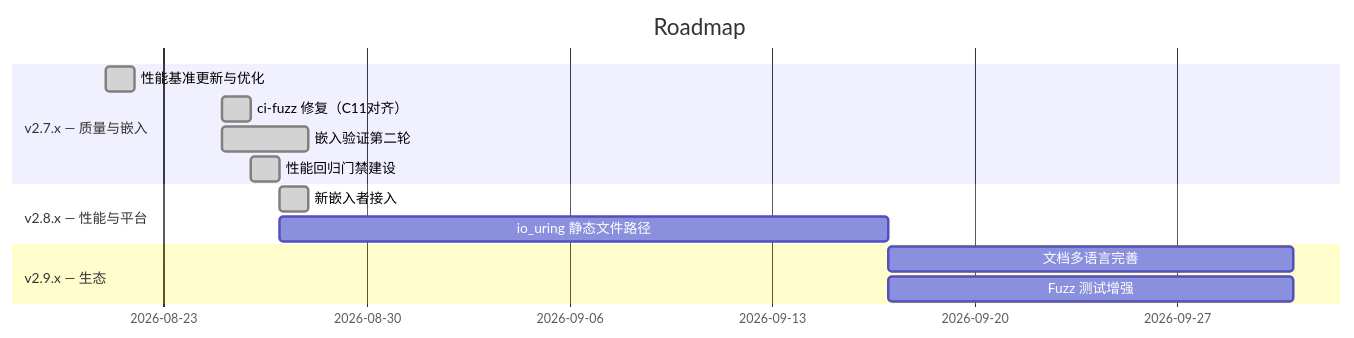
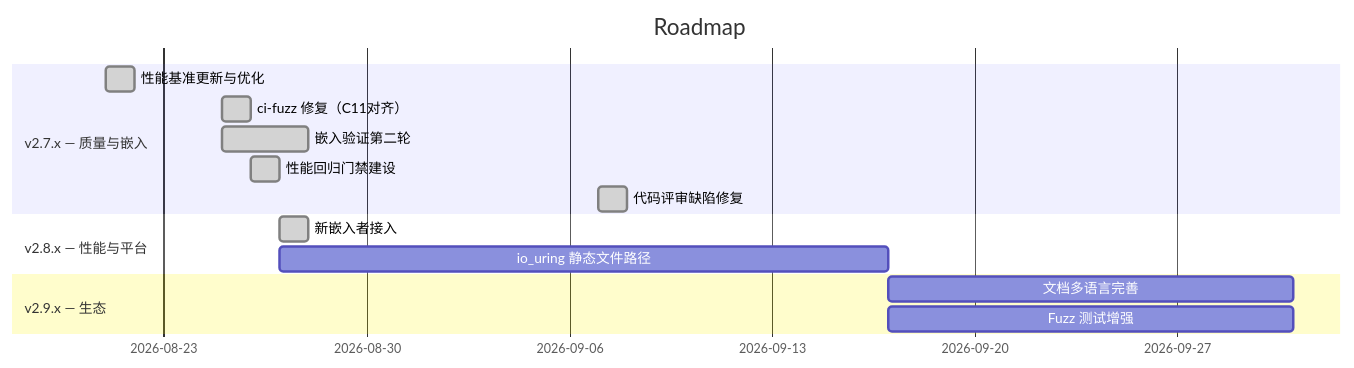
One commit to adam-ikari/uvhttp changed the diagram in brain/roadmap.md. Above: the diagram before and after it, drawn with Mermaid. The commit also changed other lines of this file and 6 other files, not shown here.

````diff
--- a/brain/roadmap.md
+++ b/brain/roadmap.md
@@ -12,16 +12,17 @@
 ```mermaid
 gantt
   title Roadmap
   dateFormat YYYY-MM-DD
   section v2.7.x — 质量与嵌入
   性能基准更新与优化        :done, b1, 2026-08-21, 1d
   ci-fuzz 修复（C11对齐）  :done, b1b, 2026-08-25, 1d
   嵌入验证第二轮            :done, a3, 2026-08-25, 3d
   性能回归门禁建设          :done, b0, 2026-08-26, 1d
+  代码评审缺陷修复          :done, b5, 2026-09-07, 1d
   section v2.8.x — 性能与平台
   新嵌入者接入              :done, a4, 2026-08-27, 1d
   io_uring 静态文件路径     :b2, after b0, 21d
   section v2.9.x — 生态
   文档多语言完善            :c1, after b2, 14d
   Fuzz 测试增强            :c4, after b2, 14d
 ```
````
